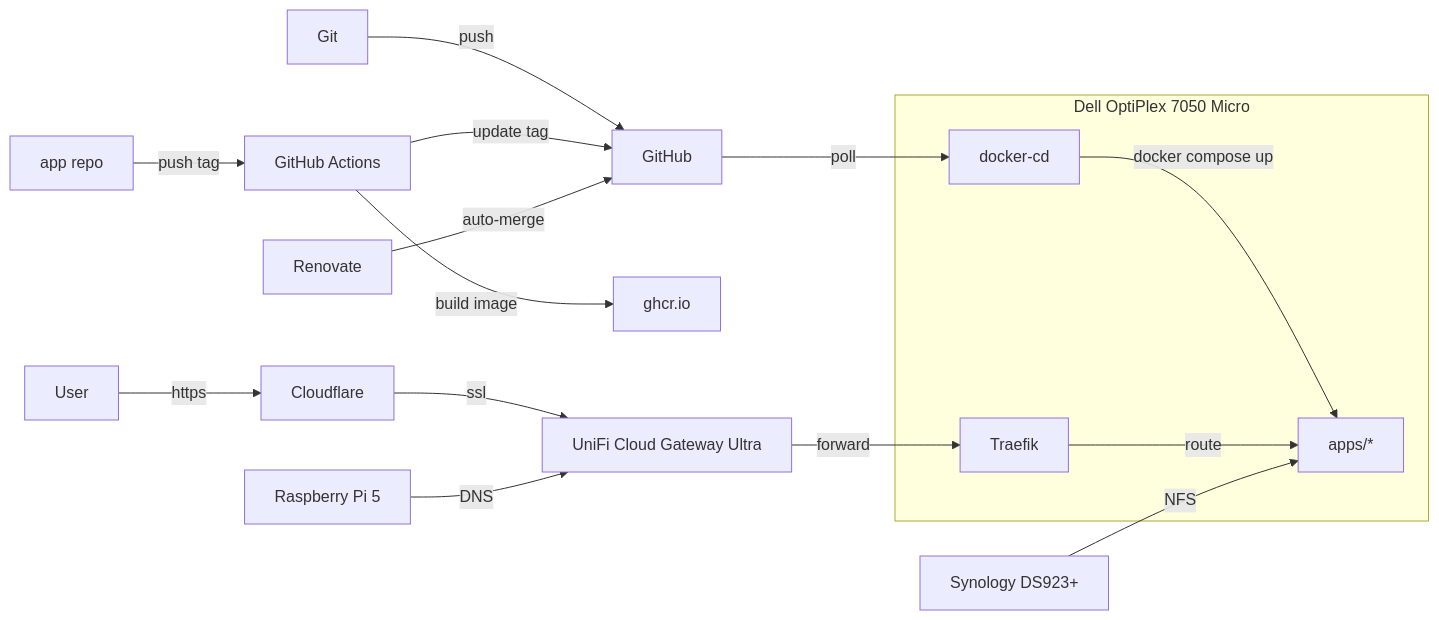
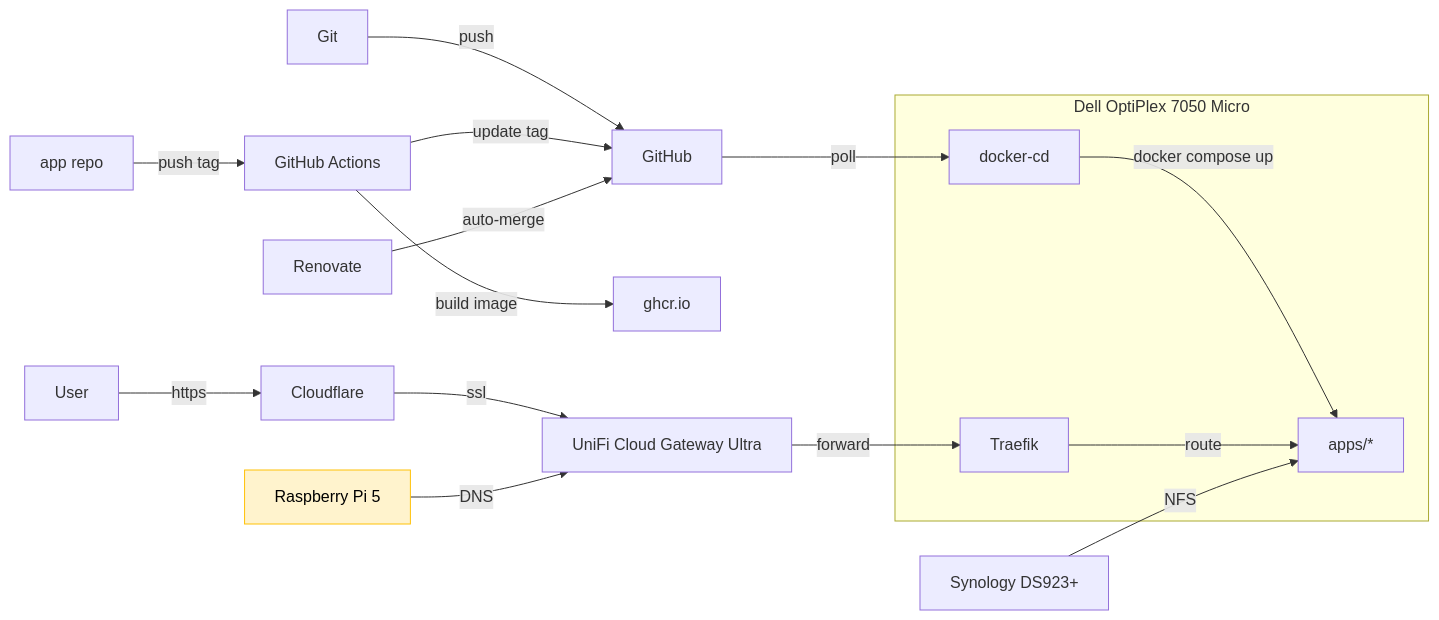
One commit to wajeht/home-ops changed the diagram in README.md. Above: the diagram before and after it, drawn with Mermaid.

Commit message:
docs: add styling to diagram to improve readability

````diff
--- a/README.md
+++ b/README.md
@@ -17,16 +17,17 @@
 ```mermaid
 flowchart LR
     subgraph Dell[Dell OptiPlex 7050 Micro]
         docker-cd -->|docker compose up| Apps[apps/*]
         Traefik -->|route| Apps
     end
 
     Git -->|push| GitHub -->|poll| docker-cd
     AppRepo[app repo] -->|push tag| Actions[GitHub Actions]
     Actions -->|build image| GHCR[ghcr.io]
     Actions -->|update tag| GitHub
     Renovate -->|auto-merge| GitHub
     User -->|https| Cloudflare -->|ssl| UniFi[UniFi Cloud Gateway Ultra] -->|forward| Traefik
     NAS[Synology DS923+] -->|NFS| Apps
     Pi[Raspberry Pi 5] -->|DNS| UniFi
+    style Pi fill:#fff3cd,stroke:#ffc107,color:#000
 ```
````
